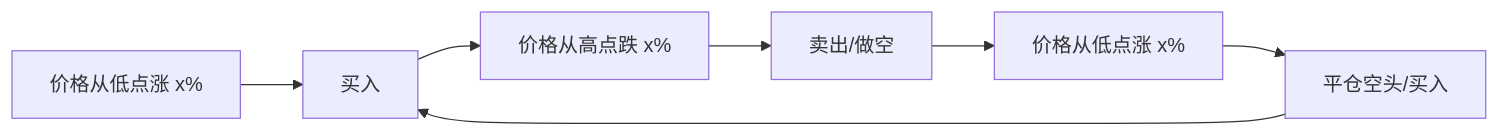
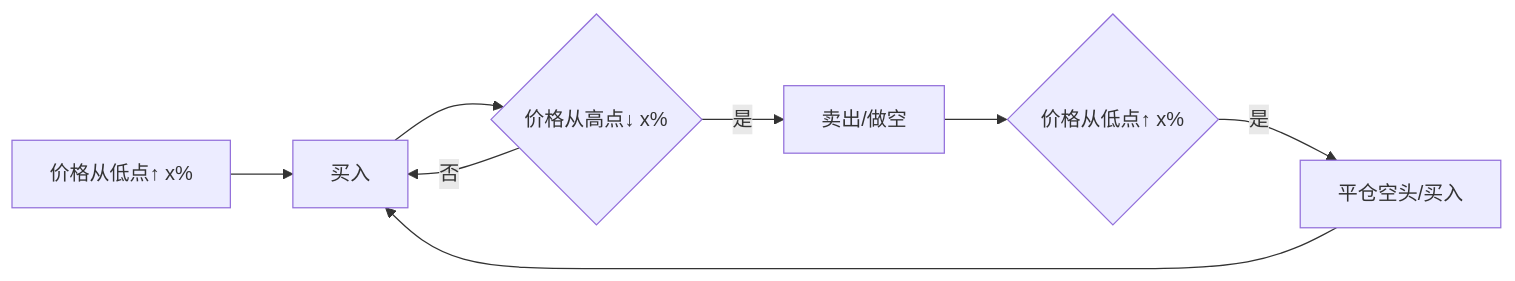
The second of 2 diagrams in Finance/Finance - Random Walk in Stock Prices.md (xieguaiwu/Notes), drawn with Mermaid before and after one commit. The commit also changed other lines of this file and 5 other files, not shown here.

````diff
--- a/Finance/Finance - Random Walk in Stock Prices.md
+++ b/Finance/Finance - Random Walk in Stock Prices.md
@@ -77,9 +113,10 @@
 ```mermaid
 flowchart LR
-    A[价格从低点涨 x%] --> B[买入]
-    B --> C[价格从高点跌 x%]
-    C --> D[卖出/做空]
-    D --> E[价格从低点涨 x%]
-    E --> F[平仓空头/买入]
+    A["价格从低点↑ x%"] --> B[买入]
+    B --> C{"价格从高点↓ x%"}
+    C -->|是| D[卖出/做空]
+    D --> E{"价格从低点↑ x%"}
+    E -->|是| F[平仓空头/买入]
     F --> B
+    C -->|否| B
 ```
````
